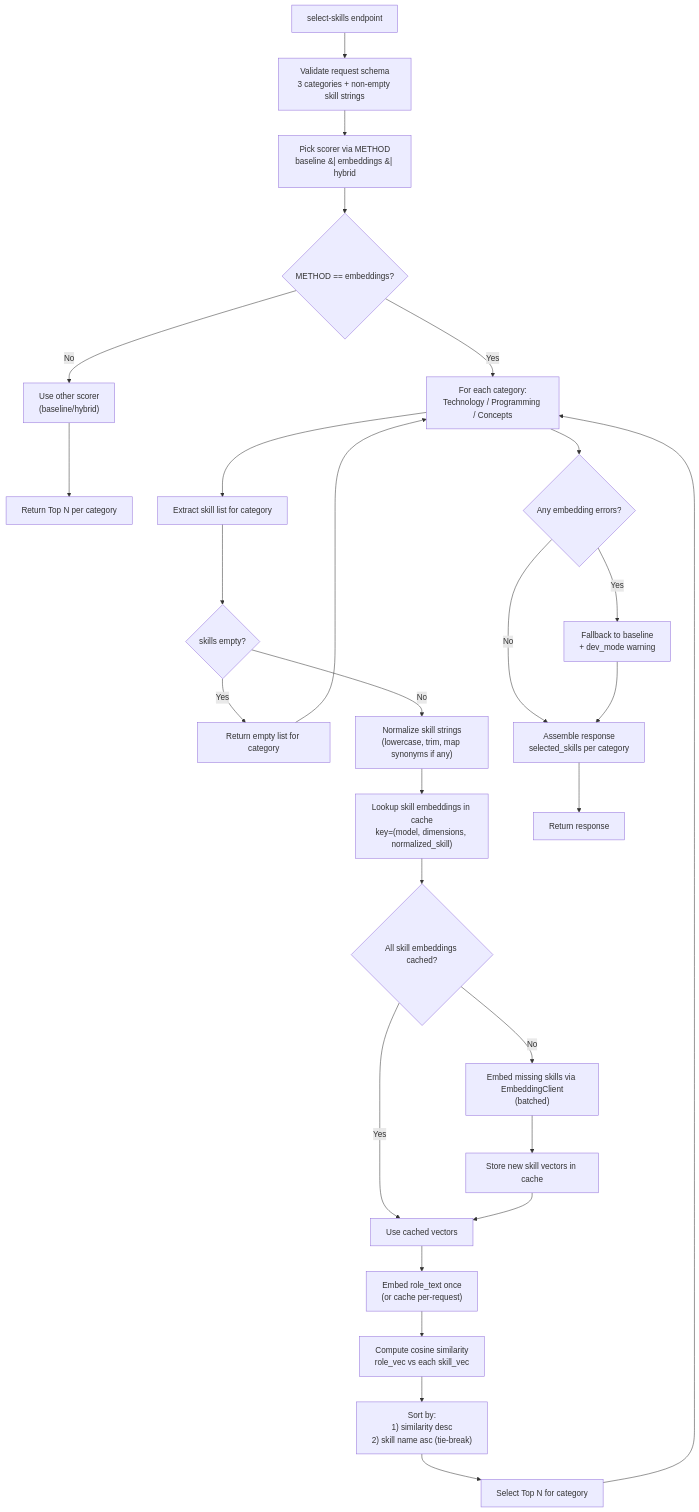
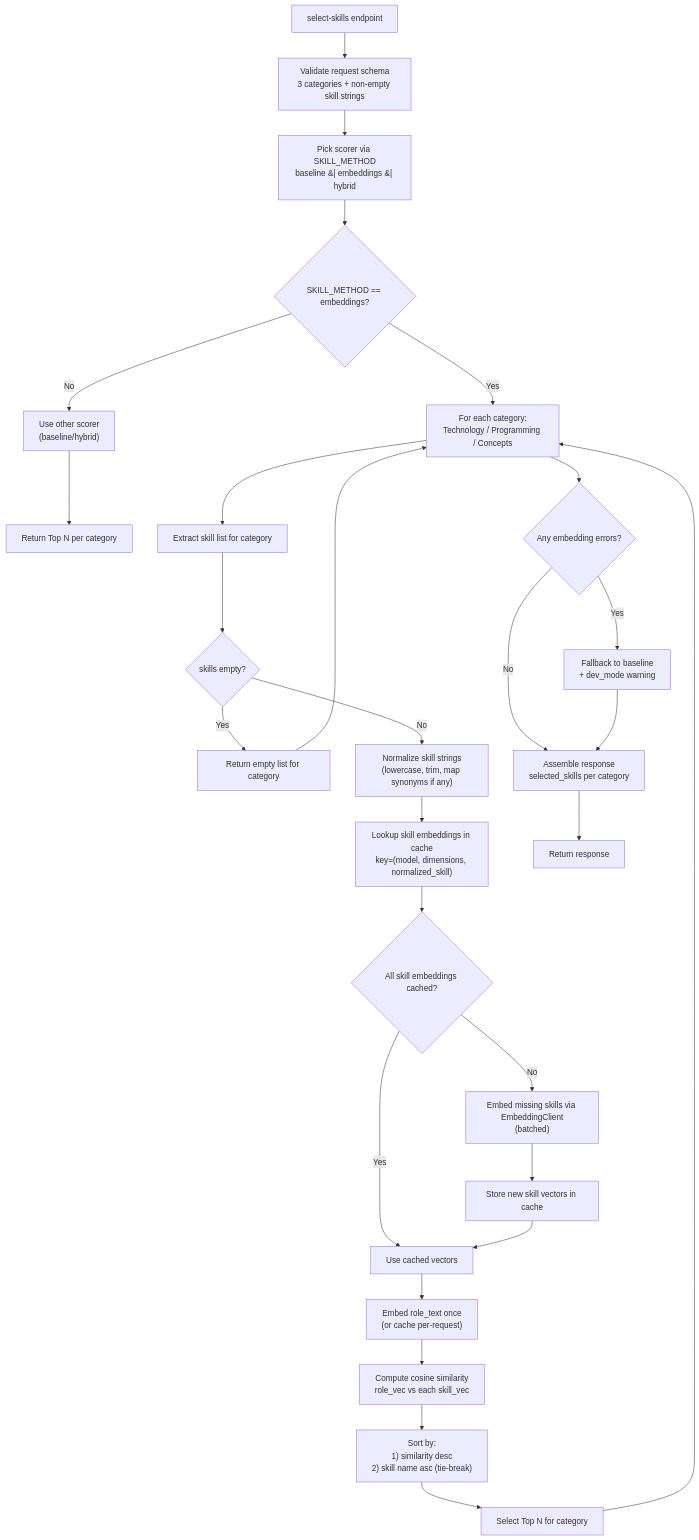
One commit to namerror/JobForge changed the second of 2 diagrams in docs/Embedding.md. Above: the diagram before and after it, drawn with Mermaid. The commit also changed other lines of this file and 24 other files, not shown here.

Commit message:
Update  runtime config - the legacy runtime config for method and top_n are now separate for skill selection and project selection - LLM defaults now split among different subsystems (skill and project)

````diff
--- a/docs/Embedding.md
+++ b/docs/Embedding.md
@@ -41,34 +41,34 @@
 ```mermaid
 flowchart TD
   A[select-skills endpoint] --> B[Validate request schema<br>3 categories + non-empty skill strings]
-  B --> C["Pick scorer via METHOD<br>baseline &#124; embeddings &#124; hybrid"]
+  B --> C["Pick scorer via SKILL_METHOD<br>baseline &#124; embeddings &#124; hybrid"]
 
-  C --> D{METHOD == embeddings?}
+  C --> D{SKILL_METHOD == embeddings?}
   D -- No --> Z["Use other scorer<br>(baseline/hybrid)"] --> Y[Return Top N per category]
 
   D -- Yes --> E["For each category:<br>Technology / Programming / Concepts"]
   E --> F[Extract skill list for category]
   F --> G{skills empty?}
   G -- Yes --> H[Return empty list for category] --> E
   G -- No --> I["Normalize skill strings<br>(lowercase, trim, map synonyms if any)"]
 
   I --> J["Lookup skill embeddings in cache<br>key=(model, dimensions, normalized_skill)"]
   J --> K{All skill embeddings cached?}
   K -- Yes --> L[Use cached vectors]
   K -- No --> M["Embed missing skills via EmbeddingClient<br>(batched)"]
   M --> N[Store new skill vectors in cache]
   N --> L
 
   L --> O["Embed role_text once<br>(or cache per-request)"]
   O --> P["Compute cosine similarity<br>role_vec vs each skill_vec"]
   P --> Q["Sort by:<br>1) similarity desc<br>2) skill name asc (tie-break)"]
   Q --> R[Select Top N for category]
   R --> E
 
   E --> S{Any embedding errors?}
   S -- No --> T["Assemble response<br>selected_skills per category"]
   S -- Yes --> U["Fallback to baseline<br>+ dev_mode warning"]
   U --> T
 
   T --> V[Return response]
 ```
````
